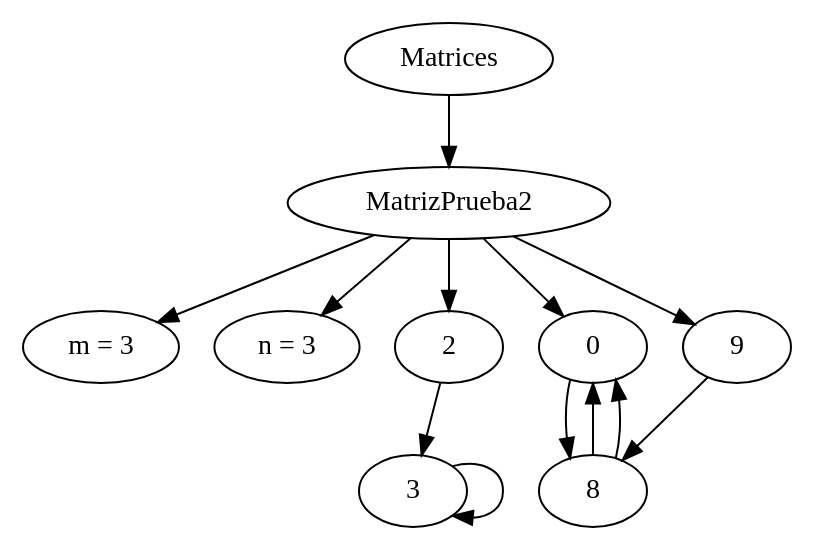
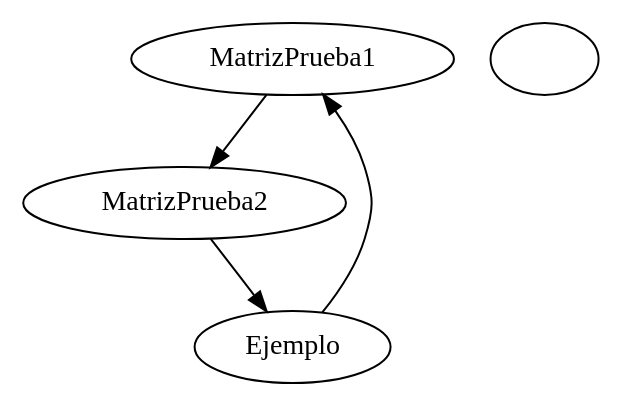
One commit to KevynGiron/IPC2_Proyecto1_201700653 changed the diagram in Proyecto1_IPC2/archivo.dot. Above: the diagram before and after it, drawn with Graphviz. The commit also changed 4 other files, not shown here.

```diff
--- a/Proyecto1_IPC2/archivo.dot
+++ b/Proyecto1_IPC2/archivo.dot
@@ -1,10 +1,7 @@
 digraph mat{
 rankdir=UD
-	Matrices->MatrizPrueba2
-	MatrizPrueba2->"m = 3"
-	MatrizPrueba2->"n = 3"
-	MatrizPrueba2->2->3->3
-	MatrizPrueba2->0->8->0
-	MatrizPrueba2->9->8->0
+	"MatrizPrueba1"->"MatrizPrueba2"
+	"MatrizPrueba2"->"Ejemplo"
+	"Ejemplo"->MatrizPrueba1""
 
 }
```
